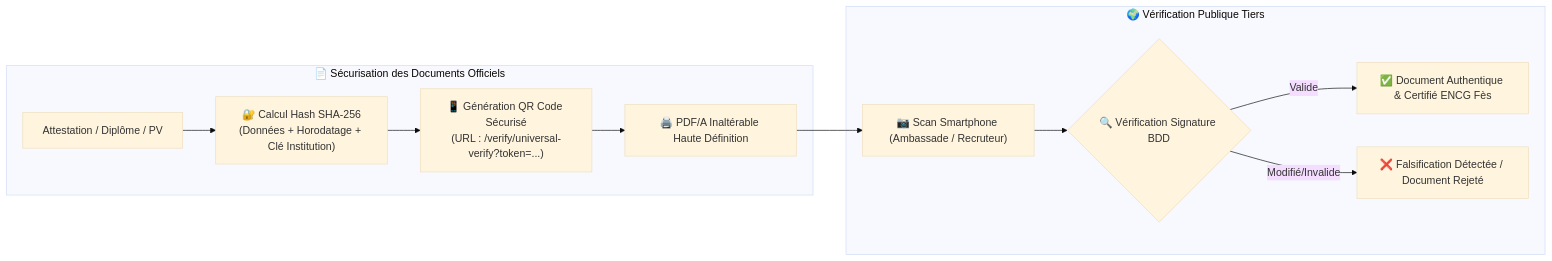
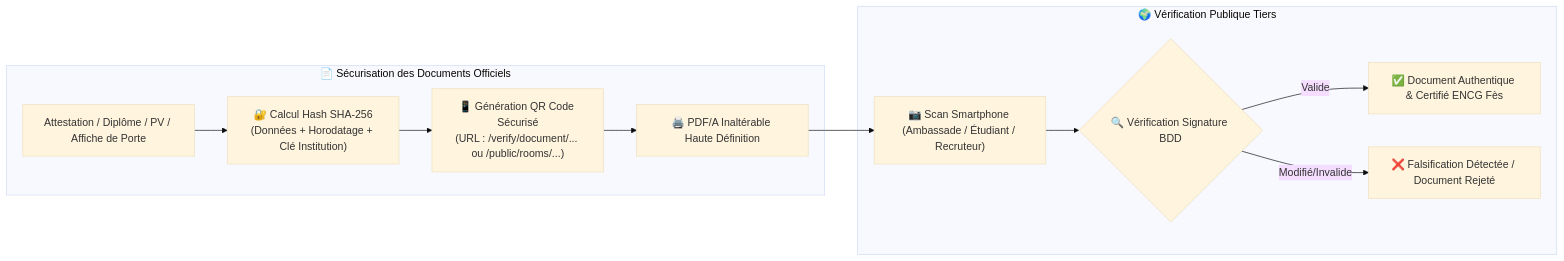
Diagram 12 of 14 in README.md (radouane99/ENCG-ERP), drawn with Mermaid (base theme) before and after one commit. The commit also changed other lines of this file and 6 other files, not shown here.

````diff
--- a/README.md
+++ b/README.md
@@ -284,16 +723,16 @@
 ```mermaid
 graph LR
     subgraph DocumentFlow["📄 Sécurisation des Documents Officiels"]
-        Doc[Attestation / Diplôme / PV] --> Hash["🔐 Calcul Hash SHA-256<br/>(Données + Horodatage + Clé Institution)"]
-        Hash --> QR["📱 Génération QR Code Sécurisé<br/>(URL : /verify/universal-verify?token=...)"]
+        Doc[Attestation / Diplôme / PV / Affiche de Porte] --> Hash["🔐 Calcul Hash SHA-256<br/>(Données + Horodatage + Clé Institution)"]
+        Hash --> QR["📱 Génération QR Code Sécurisé<br/>(URL : /verify/document/... ou /public/rooms/...)"]
         QR --> PDF["🖨️ PDF/A Inaltérable Haute Définition"]
     end
 
     subgraph VerificationFlow["🌍 Vérification Publique Tiers"]
-        Scan["📷 Scan Smartphone (Ambassade / Recruteur)"] --> Check{"🔍 Vérification Signature BDD"}
+        Scan["📷 Scan Smartphone (Ambassade / Étudiant / Recruteur)"] --> Check{"🔍 Vérification Signature BDD"}
         Check -- Valide --> Green["✅ Document Authentique & Certifié ENCG Fès"]
         Check -- Modifié/Invalide --> Red["❌ Falsification Détectée / Document Rejeté"]
     end
 
     PDF --> Scan
 ```
````
